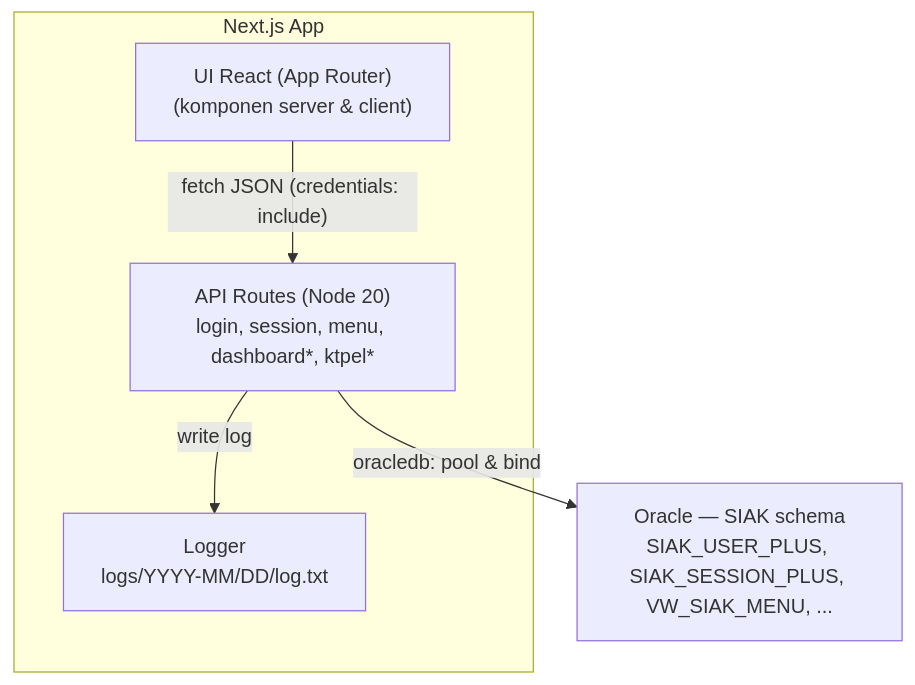
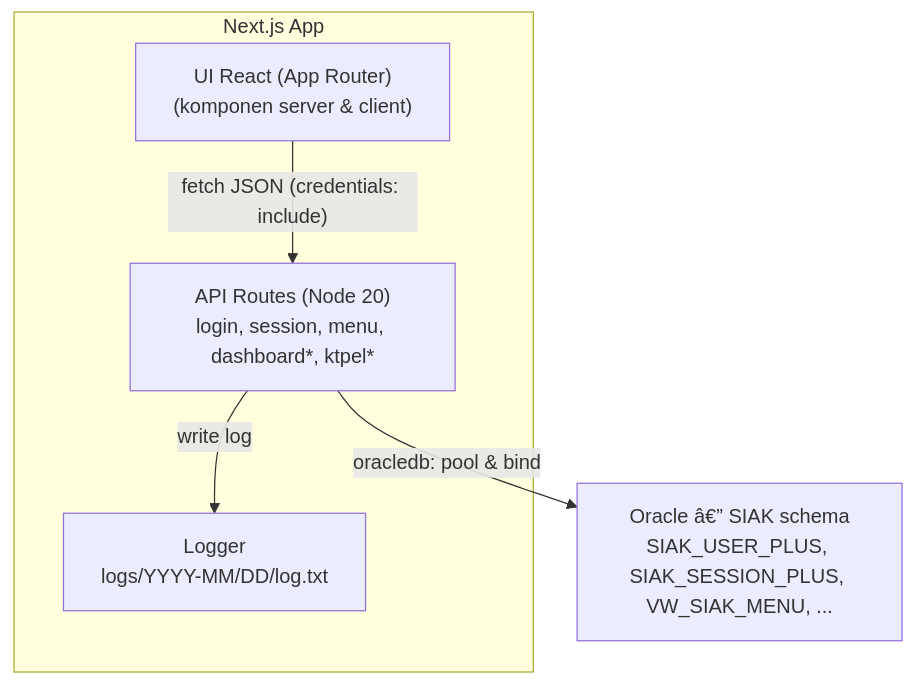
The second of 5 diagrams in README.md (dianyanzen/Monitoring-Next), drawn with Mermaid before and after one commit. The commit also changed other lines of this file, not shown here.

````diff
--- a/README.md
+++ b/README.md
@@ -380,18 +442,18 @@
 ```mermaid
 flowchart TB
   %% ===== App Boundary =====
   subgraph nextjs["Next.js App"]
     ui["UI React (App Router)<br/>(komponen server & client)"]
     api["API Routes (Node 20)<br/>login, session, menu, dashboard*, ktpel*"]
     log["Logger<br/>logs/YYYY-MM/DD/log.txt"]
   end
 
   %% ===== External DB =====
-  db["Oracle — SIAK schema<br/>SIAK_USER_PLUS, SIAK_SESSION_PLUS, VW_SIAK_MENU, ..."]
+  db["Oracle â€” SIAK schema<br/>SIAK_USER_PLUS, SIAK_SESSION_PLUS, VW_SIAK_MENU, ..."]
 
   %% ===== Relations =====
   ui -->|"fetch JSON (credentials: include)"| api
   api -->|"oracledb: pool & bind"| db
   api -->|"write log"| log
 
 ```
````
